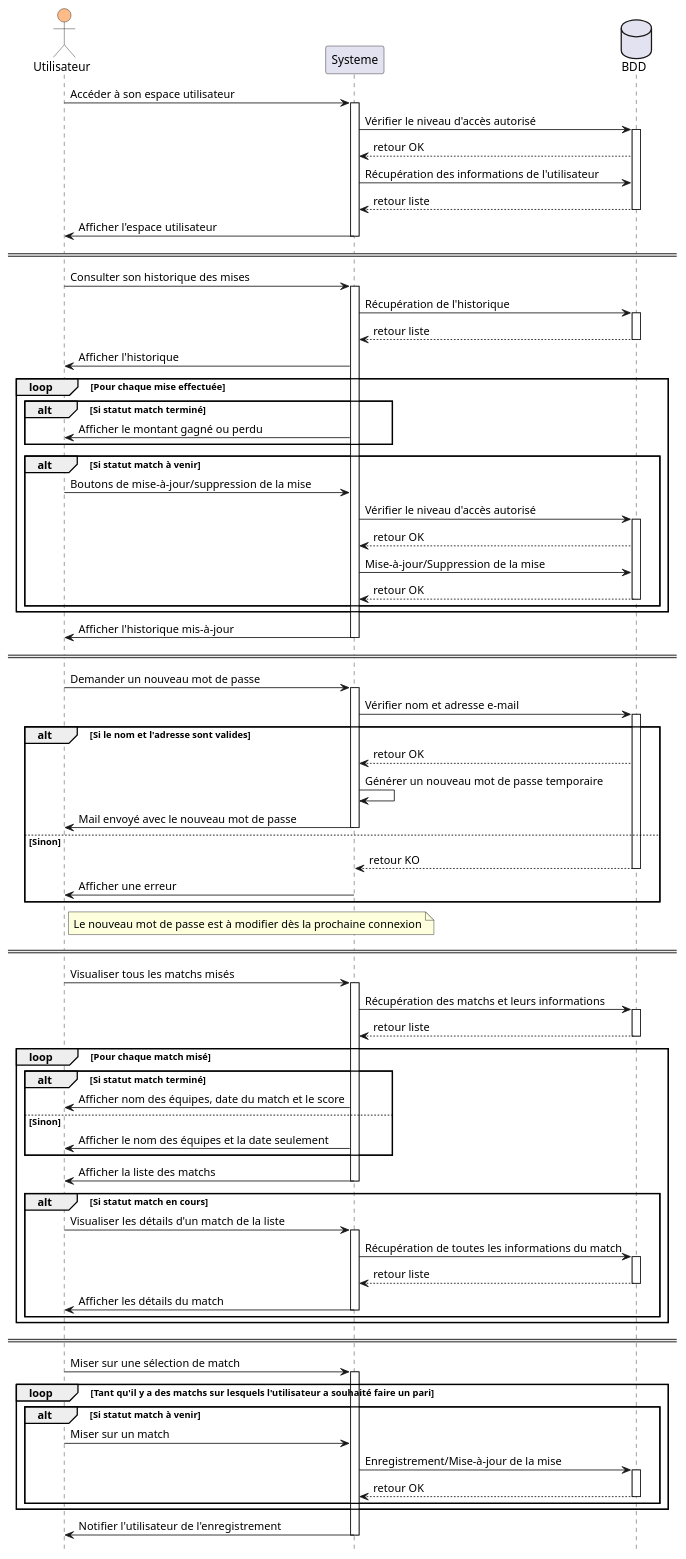
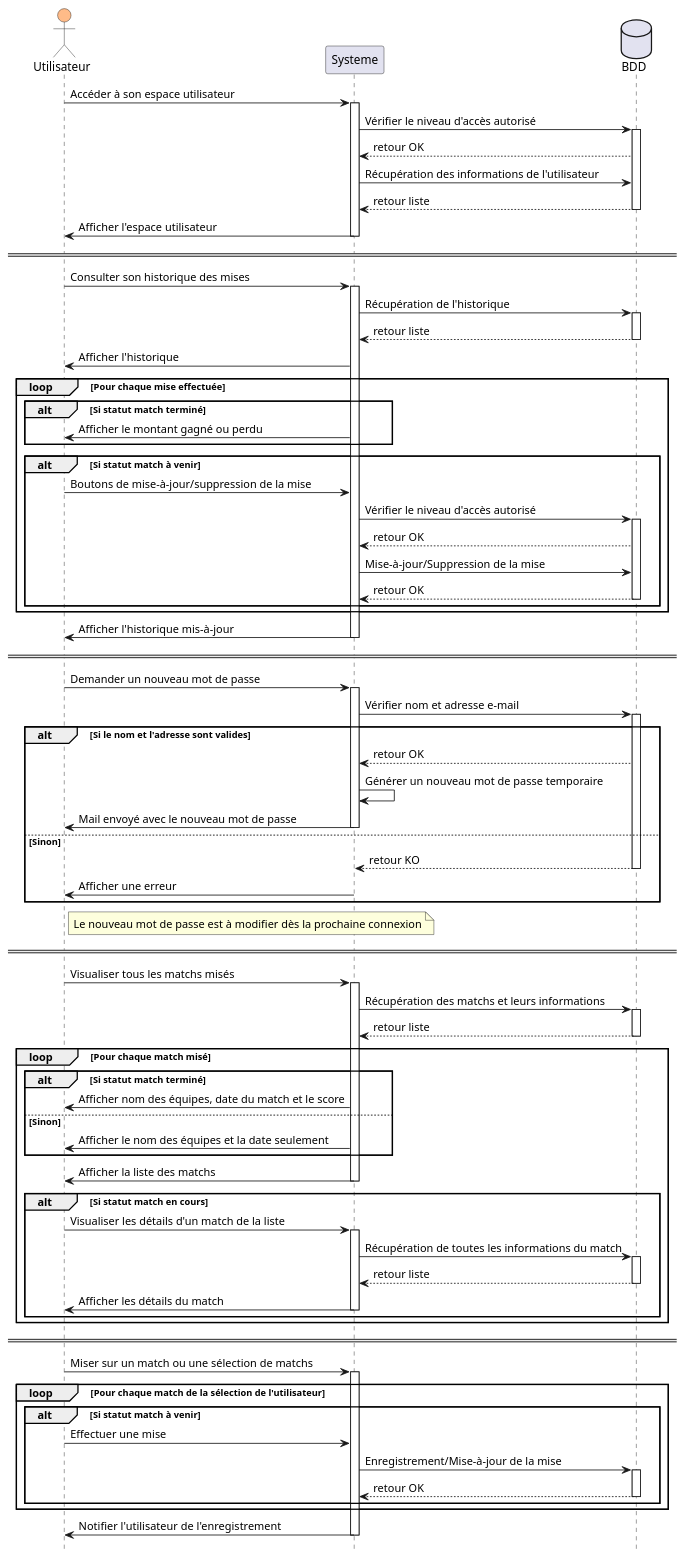
Before and after one commit to kcdln/Smash-Bowl: the second of 4 diagrams in #documents/OLD/Diagramme de sequence.OLD.md, drawn with PlantUML. The commit also changed 3 other files, not shown here.

```diff
--- a/#documents/OLD/Diagramme de sequence.OLD.md
+++ b/#documents/OLD/Diagramme de sequence.OLD.md
@@ -156,12 +156,12 @@
 
 == ==
 
-Utilisateur -> Systeme ++ : Miser sur une sélection de match
+Utilisateur -> Systeme ++ : Miser sur un match ou une sélection de matchs
 
-loop Tant qu'il y a des matchs sur lesquels l'utilisateur a souhaité faire un pari
+loop Pour chaque match de la sélection de l'utilisateur
 
 alt Si statut match à venir
-  Utilisateur -> Systeme : Miser sur un match
+  Utilisateur -> Systeme : Effectuer une mise
 
   Systeme -> BDD ++ : Enregistrement/Mise-à-jour de la mise
   BDD --> Systeme -- : retour OK
```
